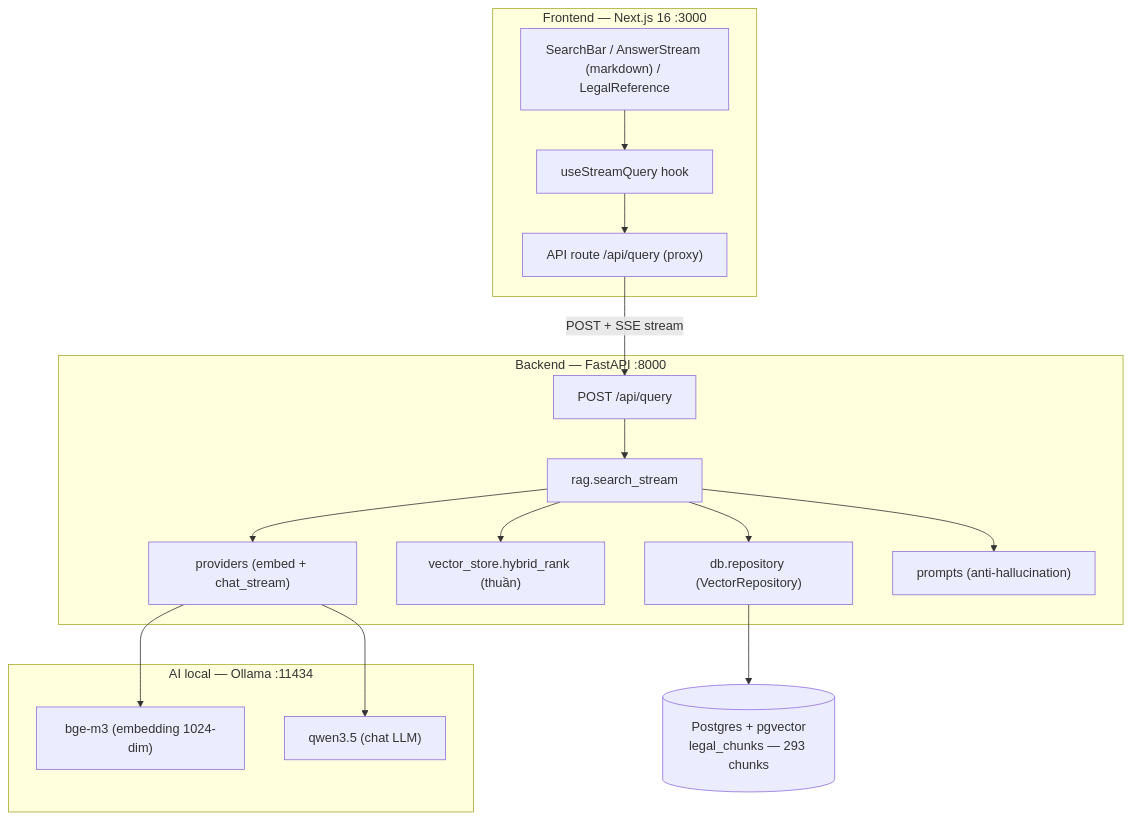
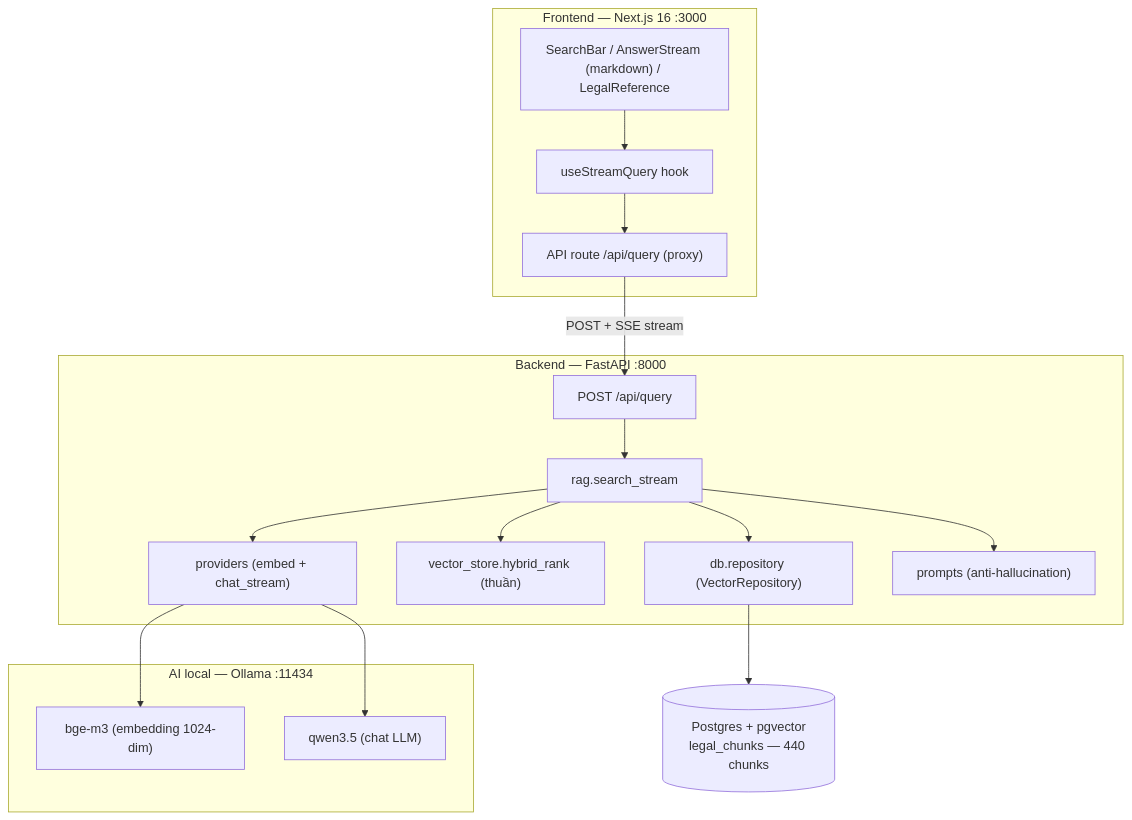
Before and after one commit to hoanghainh1188/vn-legal-ai-assistant: the first of 6 diagrams in docs/architecture.md, drawn with Mermaid. The commit also changed other lines of this file and 18 other files, not shown here.

````diff
--- a/docs/architecture.md
+++ b/docs/architecture.md
@@ -26,35 +27,35 @@
 ```mermaid
 graph TB
     subgraph Client["Frontend — Next.js 16 :3000"]
         UI["SearchBar / AnswerStream (markdown) / LegalReference"]
         Hook["useStreamQuery hook"]
         Proxy["API route /api/query (proxy)"]
         UI --> Hook --> Proxy
     end
 
     subgraph Server["Backend — FastAPI :8000"]
         Router["POST /api/query"]
         RAG["rag.search_stream"]
         Repo["db.repository (VectorRepository)"]
         VS["vector_store.hybrid_rank (thuần)"]
         LLM["providers (embed + chat_stream)"]
         Prompt["prompts (anti-hallucination)"]
         Router --> RAG
         RAG --> Repo
         RAG --> VS
         RAG --> Prompt
         RAG --> LLM
     end
 
     subgraph AI["AI local — Ollama :11434"]
         BGE["bge-m3 (embedding 1024-dim)"]
         QWEN["qwen3.5 (chat LLM)"]
     end
 
-    PG[("Postgres + pgvector<br/>legal_chunks — 293 chunks")]
+    PG[("Postgres + pgvector<br/>legal_chunks — 440 chunks")]
 
     Proxy -->|"POST + SSE stream"| Router
     Repo --> PG
     LLM --> BGE
     LLM --> QWEN
 ```
````
